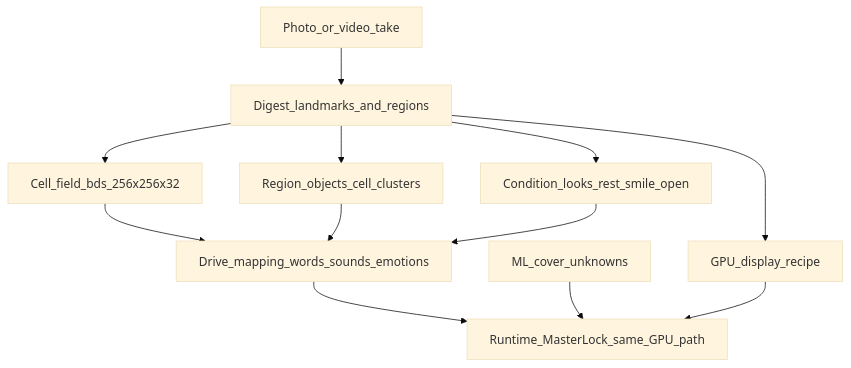
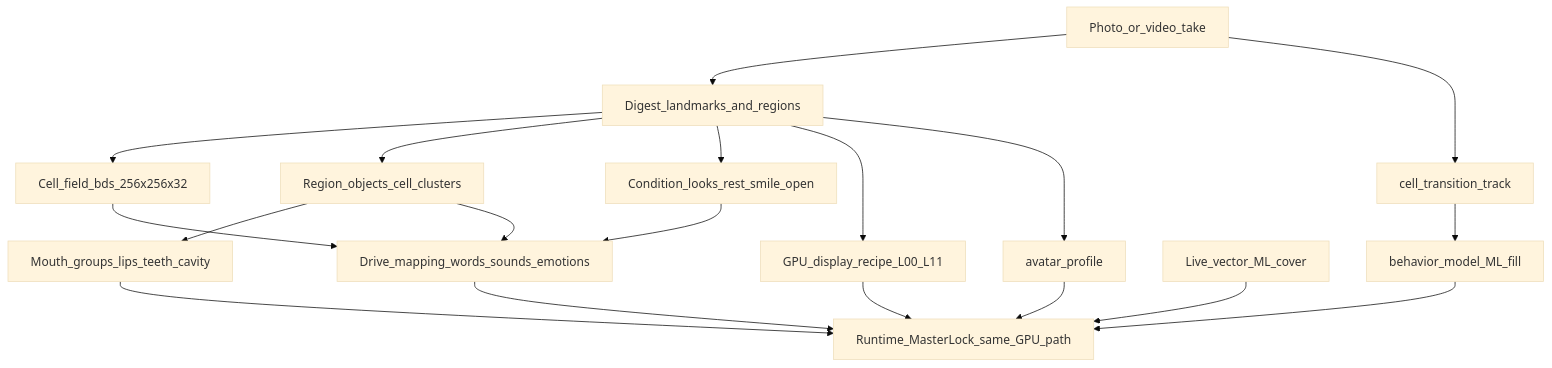
One commit to insightitsGit/ChorusFace changed the diagram in docs/AvatarCellDataflow.md. Above: the diagram before and after it, drawn with Mermaid (base theme). The commit also changed other lines of this file and 6 other files, not shown here.

First line of the commit message:
Document display layers, adoption, mouth groups, and behavior ML.

````diff
--- a/docs/AvatarCellDataflow.md
+++ b/docs/AvatarCellDataflow.md
@@ -22,24 +24,35 @@
 ```mermaid
 flowchart TB
   src[Photo_or_video_take]
   digest[Digest_landmarks_and_regions]
   cells[Cell_field_bds_256x256x32]
   regions[Region_objects_cell_clusters]
+  groups[Mouth_groups_lips_teeth_cavity]
   looks[Condition_looks_rest_smile_open]
-  recipe[GPU_display_recipe]
+  recipe[GPU_display_recipe_L00_L11]
+  profile[avatar_profile]
   map[Drive_mapping_words_sounds_emotions]
-  cover[ML_cover_unknowns]
+  cover[Live_vector_ML_cover]
+  track[cell_transition_track]
+  behavior[behavior_model_ML_fill]
   runtime[Runtime_MasterLock_same_GPU_path]
 
   src --> digest
   digest --> cells
   digest --> regions
+  regions --> groups
   digest --> looks
   digest --> recipe
+  digest --> profile
+  src --> track
+  track --> behavior
   cells --> map
   regions --> map
   looks --> map
   map --> runtime
   cover --> runtime
+  behavior --> runtime
+  groups --> runtime
   recipe --> runtime
+  profile --> runtime
 ```
````
